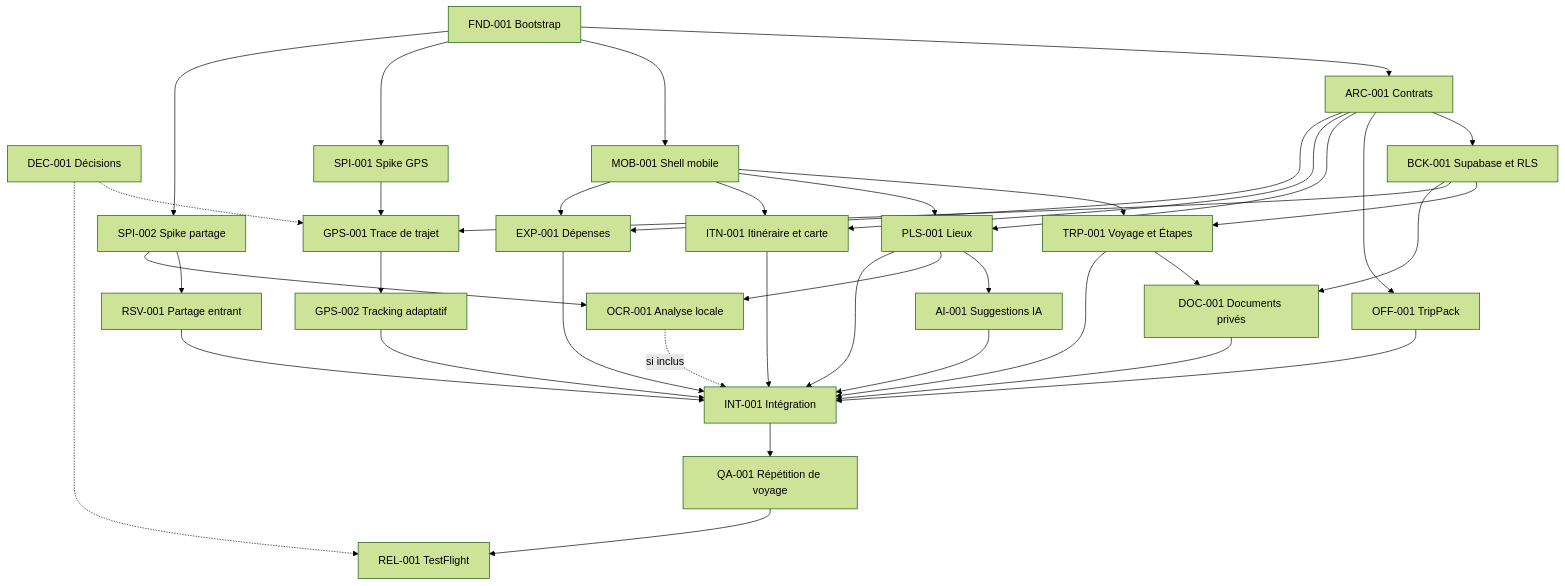
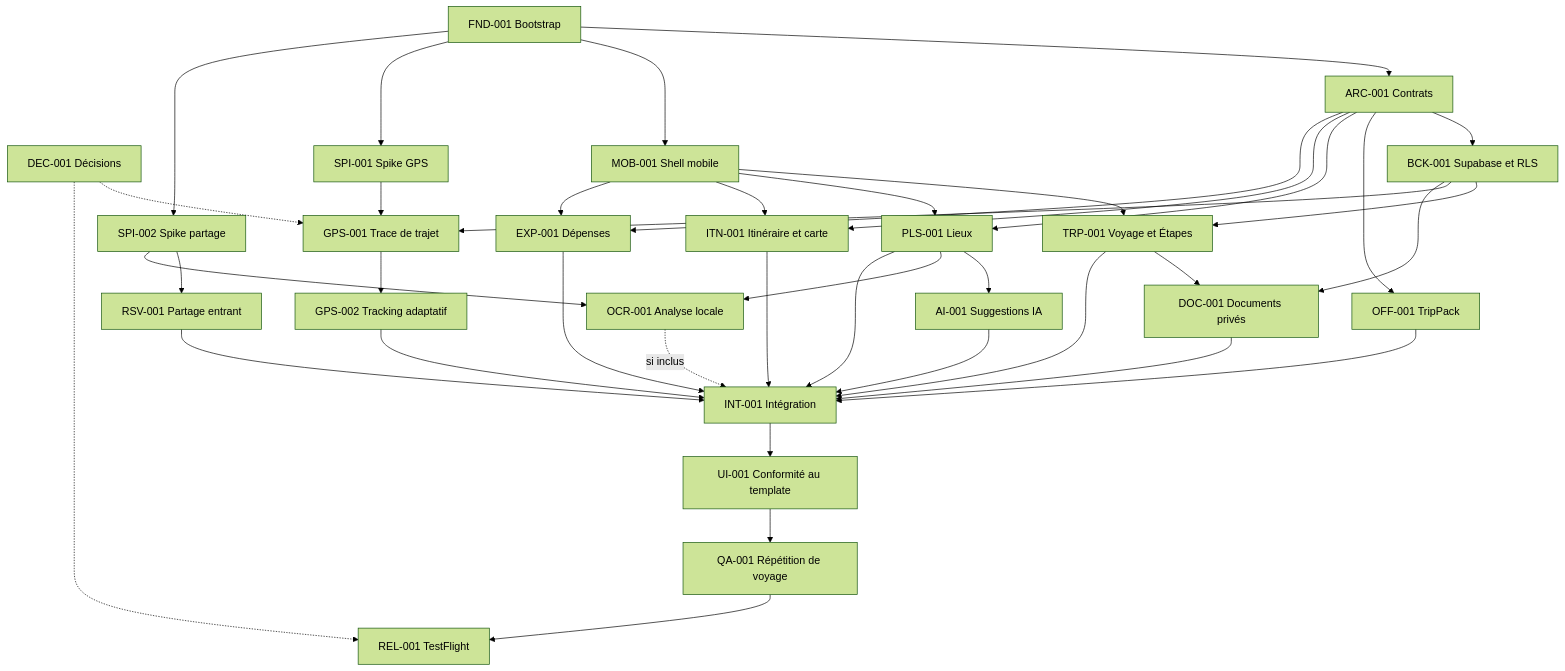
One commit to aaboujaafar/naveyo_travel_app changed the diagram in TASKS.md. Above: the diagram before and after it, drawn with Mermaid (forest theme). The commit also changed other lines of this file, not shown here.

Commit message:
docs(tasks): add template-driven UI wave

````diff
--- a/TASKS.md
+++ b/TASKS.md
@@ -104,47 +108,48 @@
 ```mermaid
 flowchart TD
     DEC["DEC-001 Décisions"] -.-> GPS["GPS-001 Trace de trajet"]
     DEC -.-> REL["REL-001 TestFlight"]
 
     FND["FND-001 Bootstrap"] --> ARC["ARC-001 Contrats"]
     FND --> MOB["MOB-001 Shell mobile"]
     FND --> SGPS["SPI-001 Spike GPS"]
     FND --> SSHARE["SPI-002 Spike partage"]
 
     ARC --> BCK["BCK-001 Supabase et RLS"]
     ARC --> OFF["OFF-001 TripPack"]
     ARC --> PLS["PLS-001 Lieux"]
     ARC --> ITN["ITN-001 Itinéraire et carte"]
     ARC --> EXP["EXP-001 Dépenses"]
 
     BCK --> TRP["TRP-001 Voyage et Étapes"]
     MOB --> TRP
     MOB --> PLS
     MOB --> ITN
     MOB --> EXP
 
     PLS --> AI["AI-001 Suggestions IA"]
     SGPS --> GPS
     BCK --> GPS
     GPS --> AGPS["GPS-002 Tracking adaptatif"]
 
     SSHARE --> RSV["RSV-001 Partage entrant"]
     BCK --> DOC["DOC-001 Documents privés"]
     TRP --> DOC
     SSHARE --> OCR["OCR-001 Analyse locale"]
     PLS --> OCR
 
     TRP --> INT["INT-001 Intégration"]
     OFF --> INT
     PLS --> INT
     ITN --> INT
     AI --> INT
     EXP --> INT
     AGPS --> INT
     RSV --> INT
     DOC --> INT
     OCR -. "si inclus" .-> INT
 
-    INT --> QA["QA-001 Répétition de voyage"]
+    INT --> UI["UI-001 Conformité au template"]
+    UI --> QA["QA-001 Répétition de voyage"]
     QA --> REL
 ```
````
